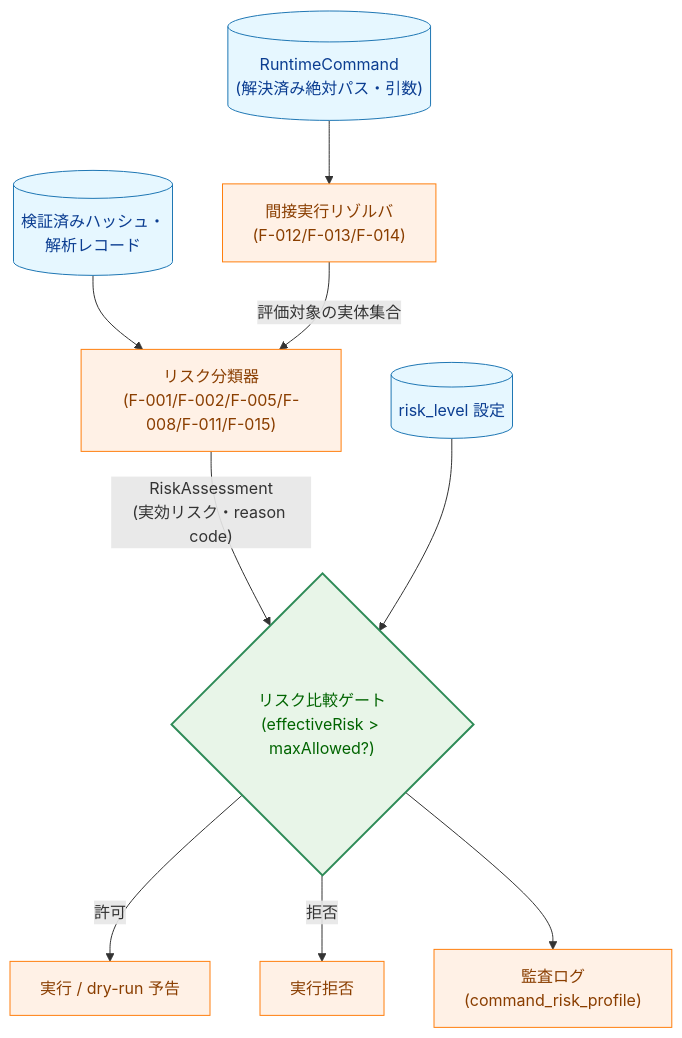
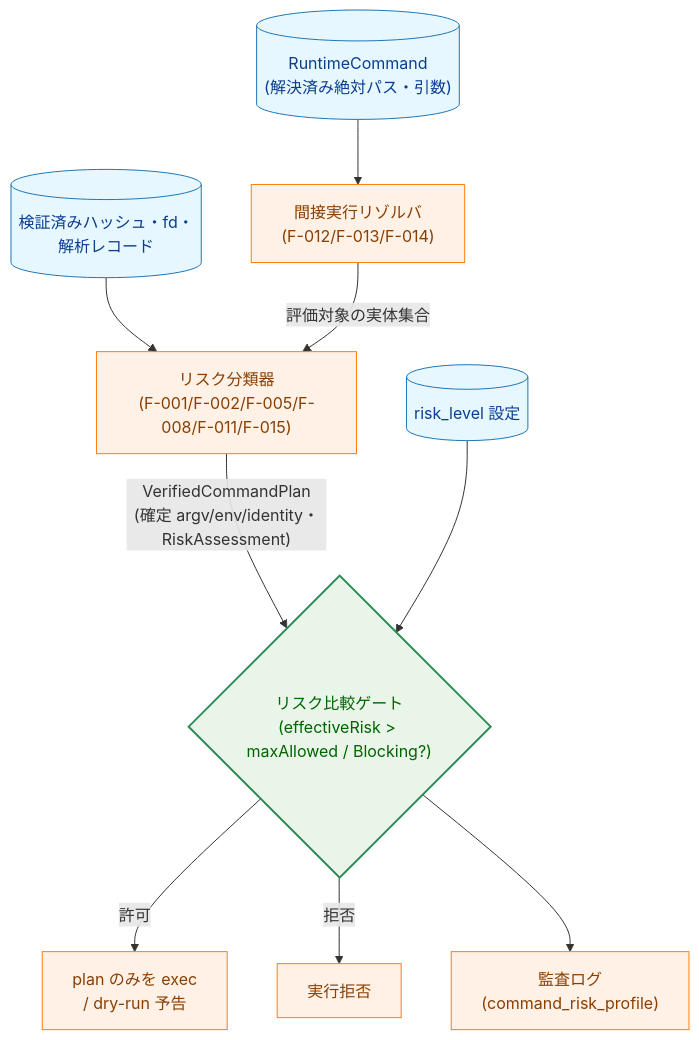
Before and after one commit to isseis/go-safe-cmd-runner: the first of 12 diagrams in docs/tasks/0136_runtime_risk_evaluation_enforcement/02_architecture.md, drawn with Mermaid. The commit also changed other lines of this file, not shown here.

````diff
--- a/docs/tasks/0136_runtime_risk_evaluation_enforcement/02_architecture.md
+++ b/docs/tasks/0136_runtime_risk_evaluation_enforcement/02_architecture.md
@@ -29,19 +30,19 @@
 ```mermaid
 flowchart TD
     classDef data fill:#e6f7ff,stroke:#1f77b4,stroke-width:1px,color:#0b3d91;
     classDef process fill:#fff1e6,stroke:#ff7f0e,stroke-width:1px,color:#8a3e00;
     classDef enhanced fill:#e8f5e8,stroke:#2e8b57,stroke-width:2px,color:#006400;
 
     CMD[("RuntimeCommand<br>(解決済み絶対パス・引数)")] --> IR["間接実行リゾルバ<br>(F-012/F-013/F-014)"]
-    HASH[("検証済みハッシュ・<br>解析レコード")] --> RC
+    HASH[("検証済みハッシュ・fd・<br>解析レコード")] --> RC
     IR -->|"評価対象の実体集合"| RC["リスク分類器<br>(F-001/F-002/F-005/F-008/F-011/F-015)"]
-    RC -->|"RiskAssessment<br>(実効リスク・reason code)"| GATE{"リスク比較ゲート<br>(effectiveRisk > maxAllowed?)"}
+    RC -->|"VerifiedCommandPlan<br>(確定 argv/env/identity・RiskAssessment)"| GATE{"リスク比較ゲート<br>(effectiveRisk > maxAllowed / Blocking?)"}
     CFG[("risk_level 設定")] --> GATE
-    GATE -->|"許可"| EXEC["実行 / dry-run 予告"]
+    GATE -->|"許可"| EXEC["plan のみを exec<br>/ dry-run 予告"]
     GATE -->|"拒否"| DENY["実行拒否"]
     GATE --> AUDIT["監査ログ<br>(command_risk_profile)"]
 
     class CMD,HASH,CFG data
     class IR,RC,EXEC,DENY,AUDIT process
     class GATE enhanced
 ```
````
